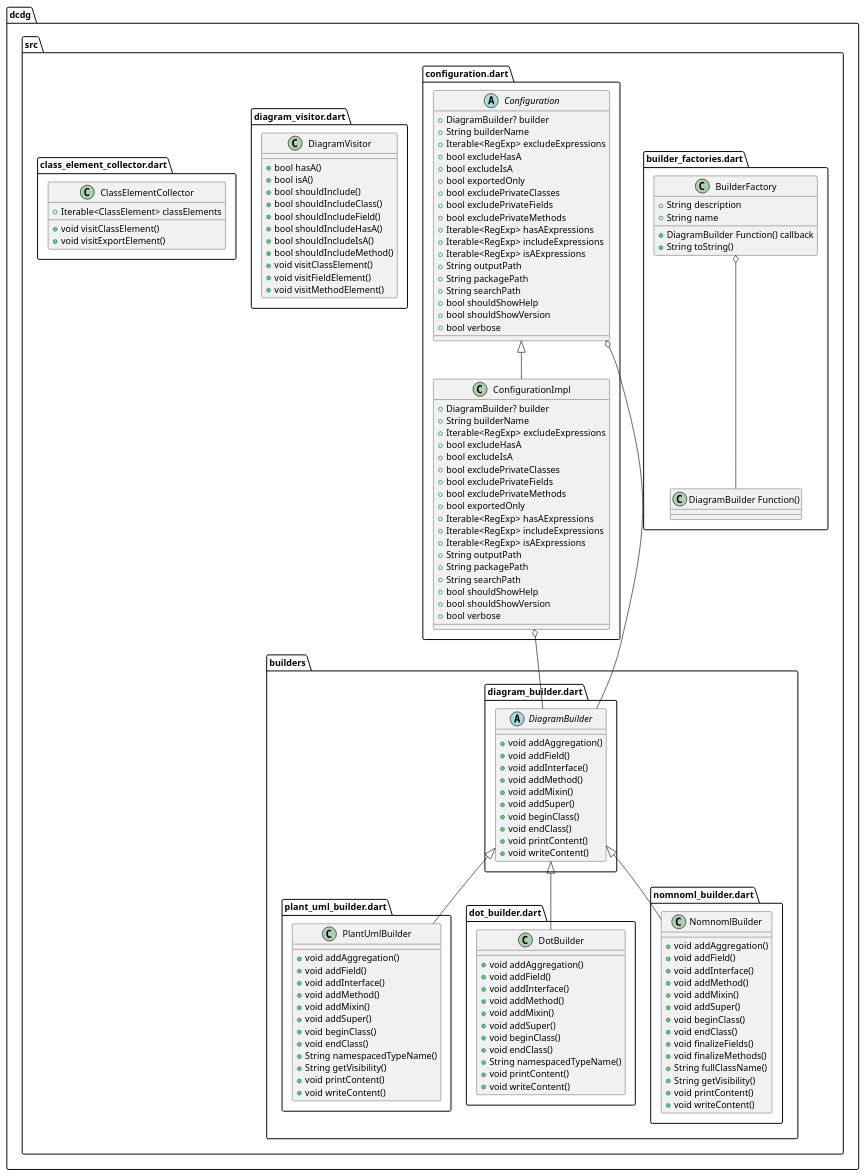
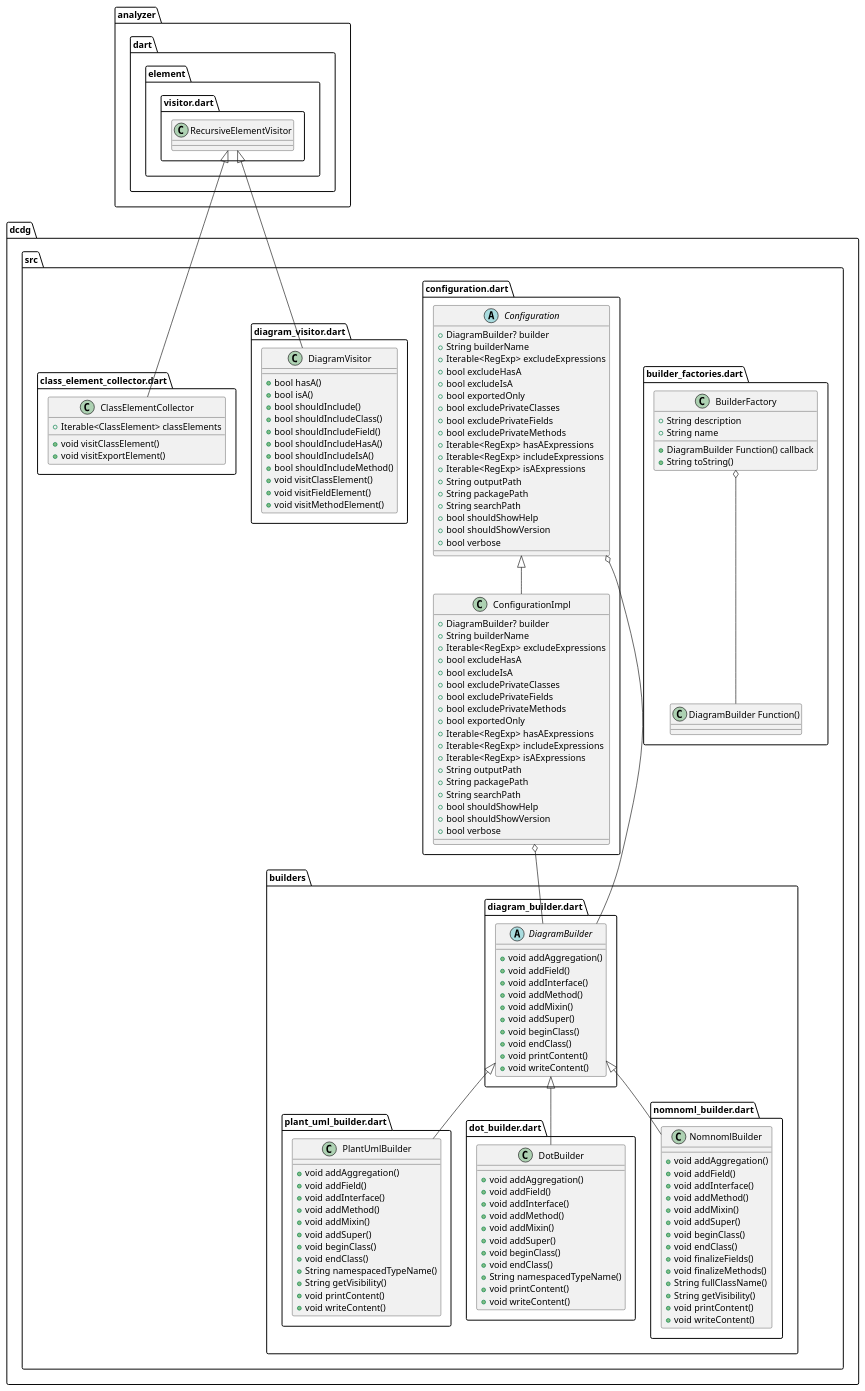
The diagram in example/dcdg.puml (glesica/dcdg.dart), drawn with PlantUML before and after one commit. The commit also changed 4 other files, not shown here.

```diff
--- a/example/dcdg.puml
+++ b/example/dcdg.puml
@@ -1,146 +1,150 @@
 @startuml
 set namespaceSeparator ::
 
 class "dcdg::src::builders::plant_uml_builder.dart::PlantUmlBuilder" {
   +void addAggregation()
   +void addField()
   +void addInterface()
   +void addMethod()
   +void addMixin()
   +void addSuper()
   +void beginClass()
   +void endClass()
   +String namespacedTypeName()
   +String getVisibility()
   +void printContent()
   +void writeContent()
 }
 
 "dcdg::src::builders::diagram_builder.dart::DiagramBuilder" <|-- "dcdg::src::builders::plant_uml_builder.dart::PlantUmlBuilder"
 
 class "dcdg::src::builders::dot_builder.dart::DotBuilder" {
   +void addAggregation()
   +void addField()
   +void addInterface()
   +void addMethod()
   +void addMixin()
   +void addSuper()
   +void beginClass()
   +void endClass()
   +String namespacedTypeName()
   +void printContent()
   +void writeContent()
 }
 
 "dcdg::src::builders::diagram_builder.dart::DiagramBuilder" <|-- "dcdg::src::builders::dot_builder.dart::DotBuilder"
 
 abstract class "dcdg::src::builders::diagram_builder.dart::DiagramBuilder" {
   +void addAggregation()
   +void addField()
   +void addInterface()
   +void addMethod()
   +void addMixin()
   +void addSuper()
   +void beginClass()
   +void endClass()
   +void printContent()
   +void writeContent()
 }
 
 class "dcdg::src::builders::nomnoml_builder.dart::NomnomlBuilder" {
   +void addAggregation()
   +void addField()
   +void addInterface()
   +void addMethod()
   +void addMixin()
   +void addSuper()
   +void beginClass()
   +void endClass()
   +void finalizeFields()
   +void finalizeMethods()
   +String fullClassName()
   +String getVisibility()
   +void printContent()
   +void writeContent()
 }
 
 "dcdg::src::builders::diagram_builder.dart::DiagramBuilder" <|-- "dcdg::src::builders::nomnoml_builder.dart::NomnomlBuilder"
 
 class "dcdg::src::builder_factories.dart::BuilderFactory" {
   +DiagramBuilder Function() callback
   +String description
   +String name
   +String toString()
 }
 
 "dcdg::src::builder_factories.dart::BuilderFactory" o-- "dcdg::src::builder_factories.dart::DiagramBuilder Function()"
 
 abstract class "dcdg::src::configuration.dart::Configuration" {
   +DiagramBuilder? builder
   +String builderName
   +Iterable<RegExp> excludeExpressions
   +bool excludeHasA
   +bool excludeIsA
   +bool exportedOnly
   +bool excludePrivateClasses
   +bool excludePrivateFields
   +bool excludePrivateMethods
   +Iterable<RegExp> hasAExpressions
   +Iterable<RegExp> includeExpressions
   +Iterable<RegExp> isAExpressions
   +String outputPath
   +String packagePath
   +String searchPath
   +bool shouldShowHelp
   +bool shouldShowVersion
   +bool verbose
 }
 
 "dcdg::src::configuration.dart::Configuration" o-- "dcdg::src::builders::diagram_builder.dart::DiagramBuilder"
 
 class "dcdg::src::configuration.dart::ConfigurationImpl" {
   +DiagramBuilder? builder
   +String builderName
   +Iterable<RegExp> excludeExpressions
   +bool excludeHasA
   +bool excludeIsA
   +bool excludePrivateClasses
   +bool excludePrivateFields
   +bool excludePrivateMethods
   +bool exportedOnly
   +Iterable<RegExp> hasAExpressions
   +Iterable<RegExp> includeExpressions
   +Iterable<RegExp> isAExpressions
   +String outputPath
   +String packagePath
   +String searchPath
   +bool shouldShowHelp
   +bool shouldShowVersion
   +bool verbose
 }
 
 "dcdg::src::configuration.dart::ConfigurationImpl" o-- "dcdg::src::builders::diagram_builder.dart::DiagramBuilder"
 "dcdg::src::configuration.dart::Configuration" <|-- "dcdg::src::configuration.dart::ConfigurationImpl"
 
 class "dcdg::src::diagram_visitor.dart::DiagramVisitor" {
   +bool hasA()
   +bool isA()
   +bool shouldInclude()
   +bool shouldIncludeClass()
   +bool shouldIncludeField()
   +bool shouldIncludeHasA()
   +bool shouldIncludeIsA()
   +bool shouldIncludeMethod()
   +void visitClassElement()
   +void visitFieldElement()
   +void visitMethodElement()
 }
 
+"analyzer::dart::element::visitor.dart::RecursiveElementVisitor" <|-- "dcdg::src::diagram_visitor.dart::DiagramVisitor"
+
 class "dcdg::src::class_element_collector.dart::ClassElementCollector" {
   +Iterable<ClassElement> classElements
   +void visitClassElement()
   +void visitExportElement()
 }
 
+"analyzer::dart::element::visitor.dart::RecursiveElementVisitor" <|-- "dcdg::src::class_element_collector.dart::ClassElementCollector"
+
 
 @enduml
```
